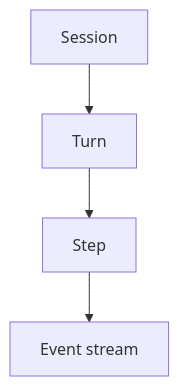
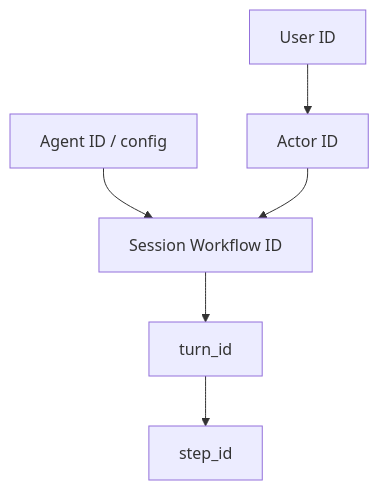
One commit to taonic/temporal-design-patterns changed the diagram in docs/identity.md. Above: the diagram before and after it, drawn with Mermaid. The commit also changed other lines of this file and 52 other files, not shown here.

````diff
--- a/docs/identity.md
+++ b/docs/identity.md
@@ -17,6 +18,8 @@
 ```mermaid
 flowchart TB
-    Session --> Turn
-    Turn --> Step
-    Step --> Events[Event stream]
+    User[User ID] --> Actor[Actor ID]
+    Agent[Agent ID / config] --> Session[Session Workflow ID]
+    Actor --> Session
+    Session --> Turn[turn_id]
+    Turn --> Step[step_id]
 ```
````
